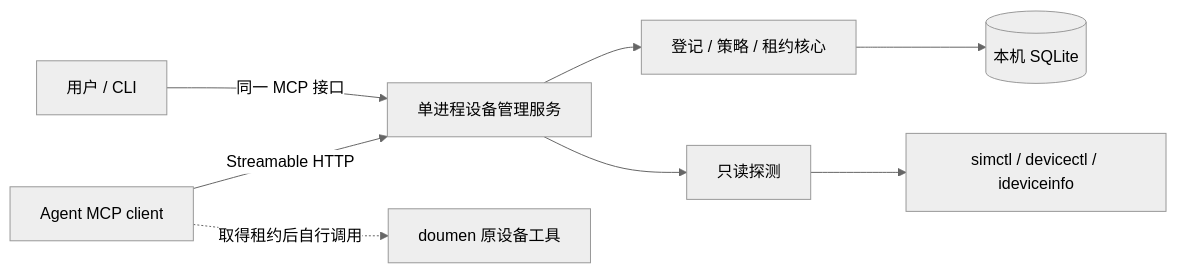
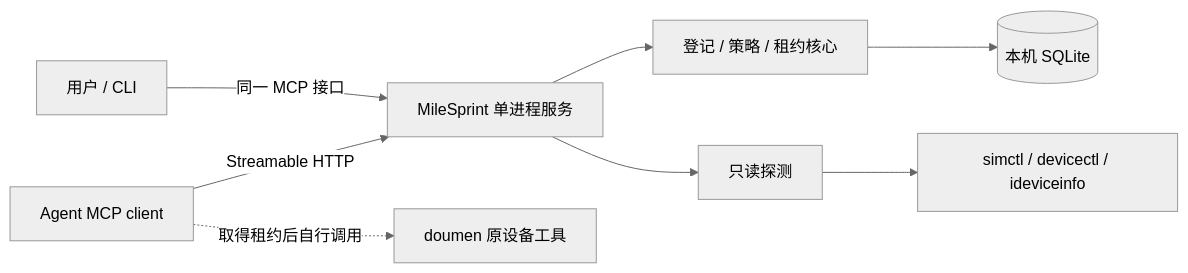
Before and after one commit to ceasarXuu/MileSprint: the diagram in docs/releases/v0.0.1/device-manager/plan.md, drawn with Mermaid (neutral theme). The commit also changed other lines of this file and 7 other files, not shown here.

Commit message:
docs: refine MileSprint device contracts with preflight evidence

````diff
--- a/docs/releases/v0.0.1/device-manager/plan.md
+++ b/docs/releases/v0.0.1/device-manager/plan.md
@@ -27,10 +28,10 @@
 ```mermaid
 flowchart LR
-    A[Agent MCP client] -->|Streamable HTTP| S[单进程设备管理服务]
+    A[Agent MCP client] -->|Streamable HTTP| S[MileSprint 单进程服务]
     C[用户 / CLI] -->|同一 MCP 接口| S
     S --> K[登记 / 策略 / 租约核心]
     K --> D[(本机 SQLite)]
     S --> P[只读探测]
     P --> X[simctl / devicectl / ideviceinfo]
     A -.取得租约后自行调用.-> T[doumen 原设备工具]
 ```
````
